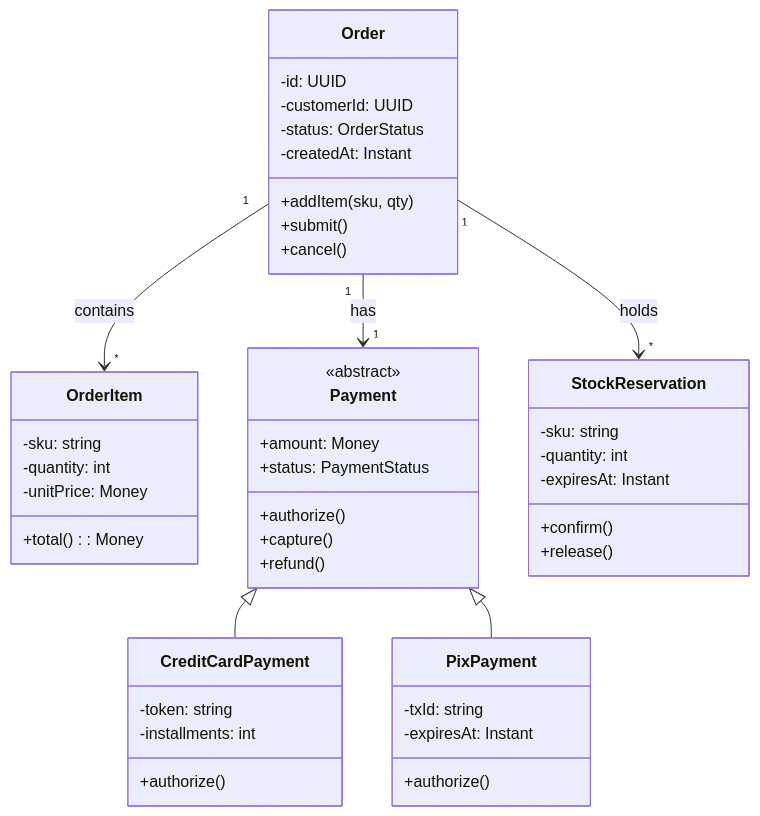
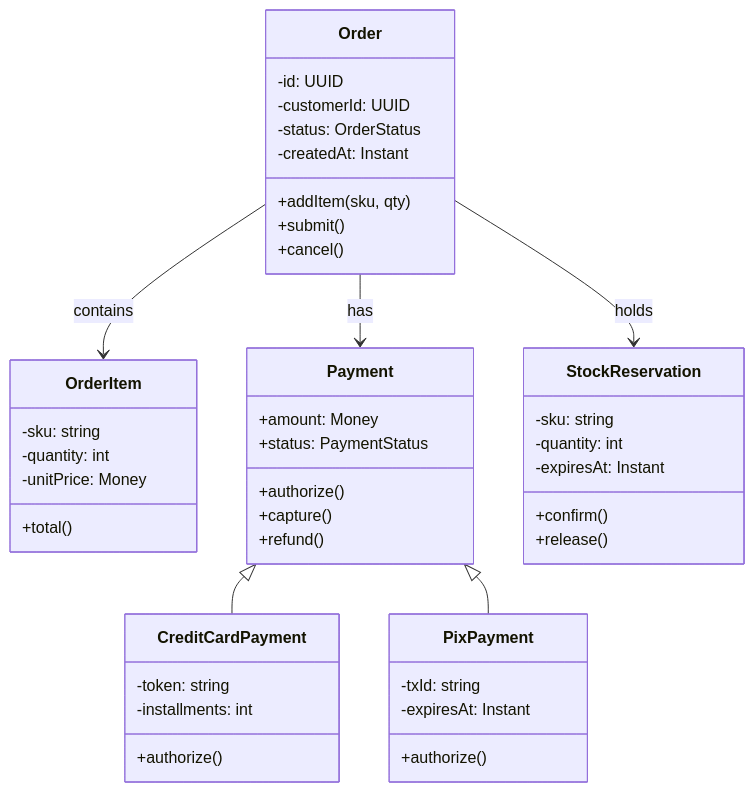
Before and after one commit to tiagocosmai/study-materials: the diagram in teoria-analise-diagramas/06-uml.md, drawn with Mermaid. The commit also changed 8 other files, not shown here.

````diff
--- a/teoria-analise-diagramas/06-uml.md
+++ b/teoria-analise-diagramas/06-uml.md
@@ -41,48 +41,47 @@
 ```mermaid
 classDiagram
   class Order {
     -id: UUID
     -customerId: UUID
     -status: OrderStatus
     -createdAt: Instant
     +addItem(sku, qty)
     +submit()
     +cancel()
   }
   class OrderItem {
     -sku: string
     -quantity: int
     -unitPrice: Money
-    +total(): Money
+    +total()
   }
   class Payment {
-    <<abstract>>
     +amount: Money
     +status: PaymentStatus
     +authorize()
     +capture()
     +refund()
   }
   class CreditCardPayment {
     -token: string
     -installments: int
     +authorize()
   }
   class PixPayment {
     -txId: string
     -expiresAt: Instant
     +authorize()
   }
   class StockReservation {
     -sku: string
     -quantity: int
     -expiresAt: Instant
     +confirm()
     +release()
   }
-  Order "1" --> "*" OrderItem : contains
-  Order "1" --> "1" Payment : has
-  Order "1" --> "*" StockReservation : holds
+  Order --> OrderItem : contains
+  Order --> Payment : has
+  Order --> StockReservation : holds
   Payment <|-- CreditCardPayment
   Payment <|-- PixPayment
 ```
````
